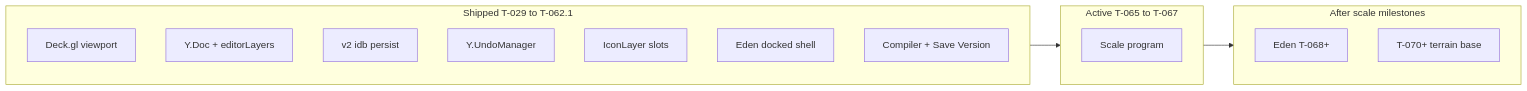
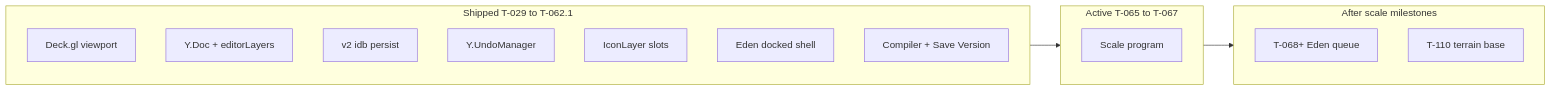
The first of 2 diagrams in Design_Docs/Mission_Creator_Architecture/agent_execution.md (darkforce09/TBD_Website), drawn with Mermaid before and after one commit. The commit also changed other lines of this file and 91 other files, not shown here.

````diff
--- a/Design_Docs/Mission_Creator_Architecture/agent_execution.md
+++ b/Design_Docs/Mission_Creator_Architecture/agent_execution.md
@@ -185,20 +186,20 @@
 ```mermaid
 flowchart LR
   subgraph shipped [Shipped T-029 to T-062.1]
     Deck["Deck.gl viewport"]
     YDoc["Y.Doc + editorLayers"]
     IDB["v2 idb persist"]
     Undo["Y.UndoManager"]
     Icons["IconLayer slots"]
     Shell["Eden docked shell"]
     Save["Compiler + Save Version"]
   end
   subgraph active [Active T-065 to T-067]
     Scale["Scale program"]
   end
   subgraph later [After scale milestones]
-    Eden["Eden T-068+"]
-    Terrain["T-070+ terrain base"]
+    Eden["T-068+ Eden queue"]
+    Terrain["T-110 terrain base"]
   end
   shipped --> active --> later
 ```
````
